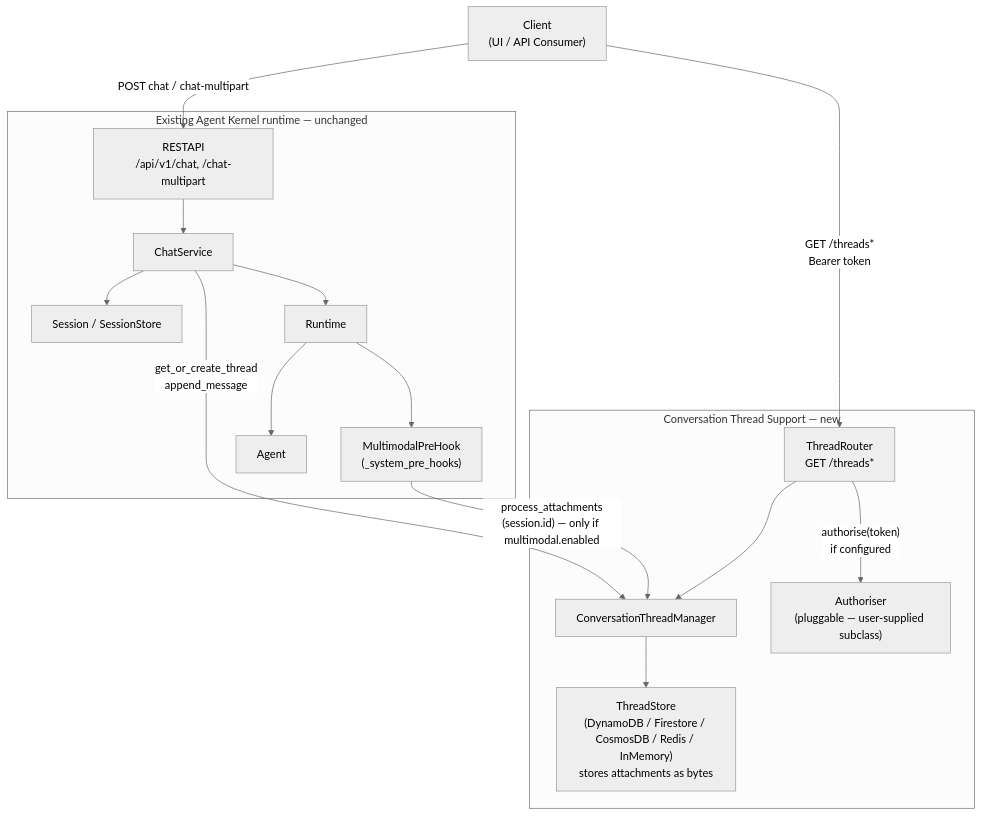
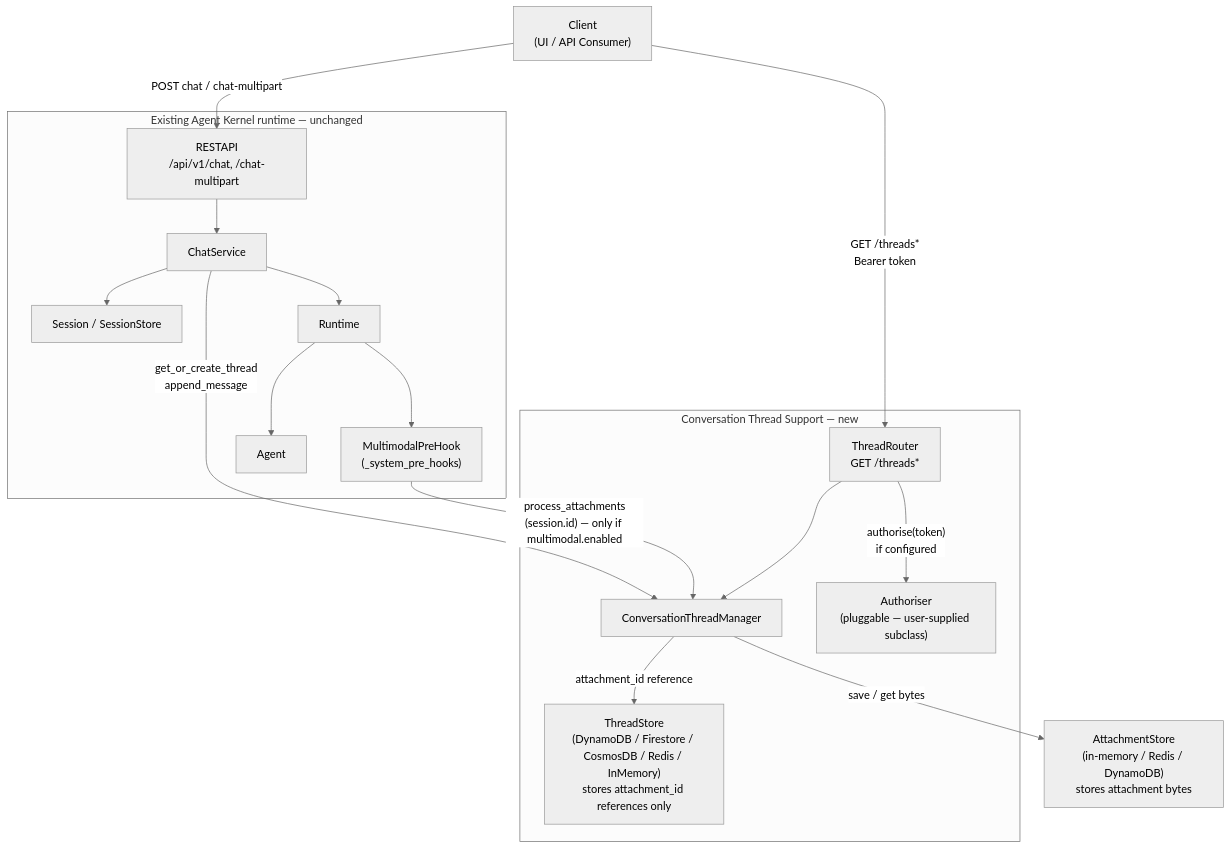
One commit to yaalalabs/agent-kernel changed the first of 3 diagrams in docs/specs/conversation-thread-support.md. Above: the diagram before and after it, drawn with Mermaid (neutral theme). The commit also changed other lines of this file, not shown here.

Commit message:
Updated thread design for attachment store

````diff
--- a/docs/specs/conversation-thread-support.md
+++ b/docs/specs/conversation-thread-support.md
@@ -69,31 +69,34 @@
 ```mermaid
 flowchart TD
     Client["Client\n(UI / API Consumer)"]
 
     subgraph Existing["Existing Agent Kernel runtime — unchanged"]
         RESTAPI["RESTAPI\n/api/v1/chat, /chat-multipart"]
         ChatService["ChatService"]
         SessionStore["Session / SessionStore"]
         Runtime["Runtime"]
         MMHook["MultimodalPreHook\n(_system_pre_hooks)"]
         Agent["Agent"]
     end
 
     subgraph New["Conversation Thread Support — new"]
         ThreadRouter["ThreadRouter\nGET /threads*"]
         TSM["ConversationThreadManager"]
-        TS["ThreadStore\n(DynamoDB / Firestore / CosmosDB / Redis / InMemory)\nstores attachments as bytes"]
+        TS["ThreadStore\n(DynamoDB / Firestore / CosmosDB / Redis / InMemory)\nstores attachment_id references only"]
         AUTH["Authoriser\n(pluggable — user-supplied subclass)"]
     end
+
+    AS["AttachmentStore\n(in-memory / Redis / DynamoDB)\nstores attachment bytes"]
 
     Client -->|"POST chat / chat-multipart"| RESTAPI --> ChatService
     ChatService --> SessionStore
     ChatService -->|"get_or_create_thread\nappend_message"| TSM
     ChatService --> Runtime --> MMHook
     Runtime --> Agent
     MMHook -->|"process_attachments\n(session.id) — only if multimodal.enabled"| TSM
-    TSM --> TS
+    TSM -->|"save / get bytes"| AS
+    TSM -->|"attachment_id reference"| TS
 
     Client -->|"GET /threads*\nBearer token"| ThreadRouter --> TSM
     ThreadRouter -->|"authorise(token)\nif configured"| AUTH
 ```
````
